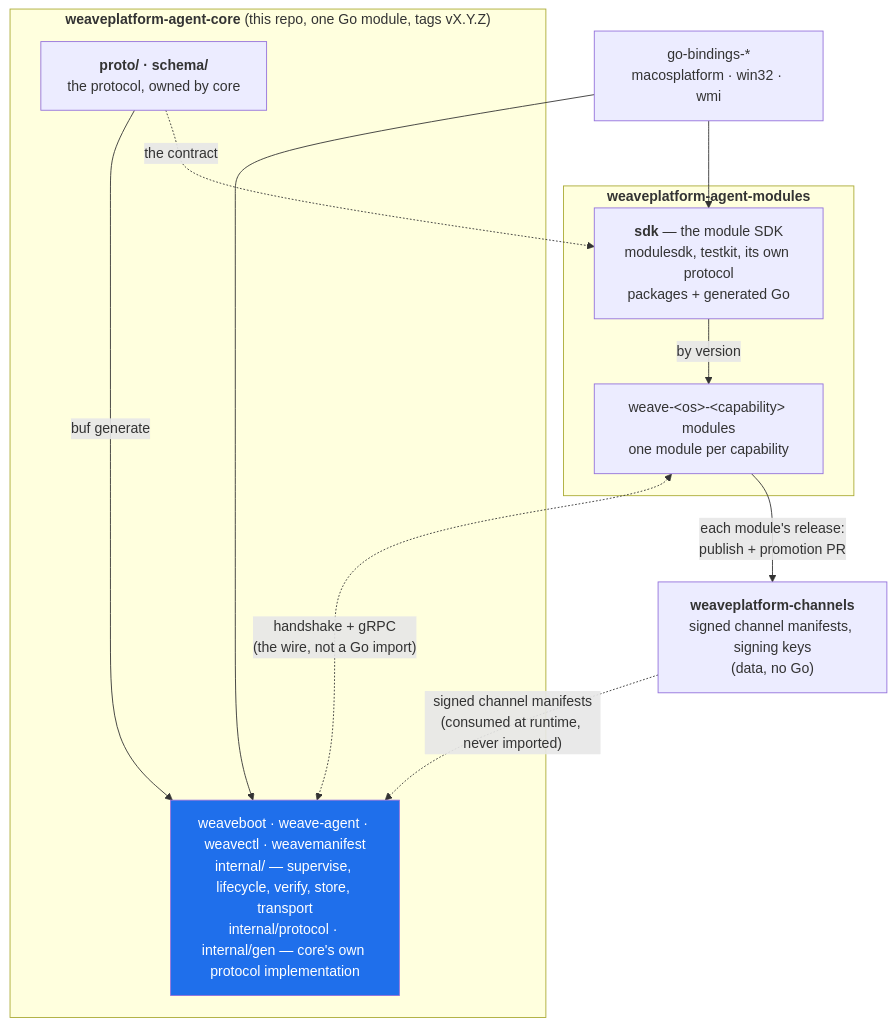
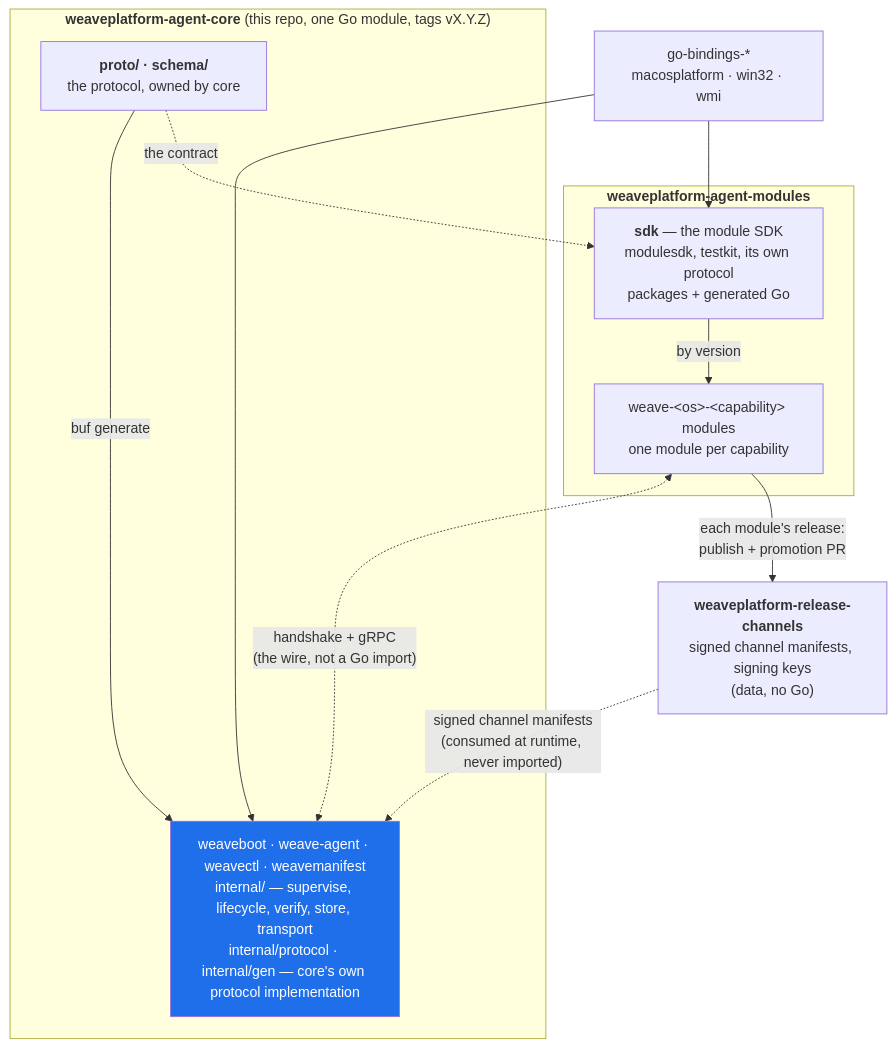
Before and after one commit to weaveplatform/weaveplatform-agent-core: the first of 6 diagrams in docs/architecture.md, drawn with Mermaid. The commit also changed other lines of this file and 11 other files, not shown here.

Commit message:
docs: name weaveplatform-release-channels as the release registry

````diff
--- a/docs/architecture.md
+++ b/docs/architecture.md
@@ -13,24 +13,24 @@
 ```mermaid
 flowchart TD
     subgraph agent["<b>weaveplatform-agent-core</b> (this repo, one Go module, tags vX.Y.Z)"]
         proto["<b>proto/ · schema/</b><br/>the protocol, owned by core"]
         core["weaveboot · weave-agent · weavectl · weavemanifest<br/>internal/ — supervise, lifecycle, verify, store, transport<br/>internal/protocol · internal/gen — core's own protocol implementation"]
     end
     subgraph modules["<b>weaveplatform-agent-modules</b>"]
         sdk["<b>sdk</b> — the module SDK<br/>modulesdk, testkit, its own protocol<br/>packages + generated Go"]
         mods["weave-&lt;os&gt;-&lt;capability&gt; modules<br/>one module per capability"]
     end
-    channels["<b>weaveplatform-channels</b><br/>signed channel manifests, signing keys<br/>(data, no Go)"]
+    channels["<b>weaveplatform-release-channels</b><br/>signed channel manifests, signing keys<br/>(data, no Go)"]
     bindings["go-bindings-*<br/>macosplatform · win32 · wmi"]
 
     proto -->|"buf generate"| core
     proto -. "the contract" .-> sdk
     sdk -->|"by version"| mods
     mods <-. "handshake + gRPC<br/>(the wire, not a Go import)" .-> core
     mods -->|"each module's release:<br/>publish + promotion PR"| channels
     bindings --> sdk
     bindings --> core
     channels -. "signed channel manifests<br/>(consumed at runtime, never imported)" .-> core
 
     style core fill:#1f6feb,color:#fff
 ```
````
